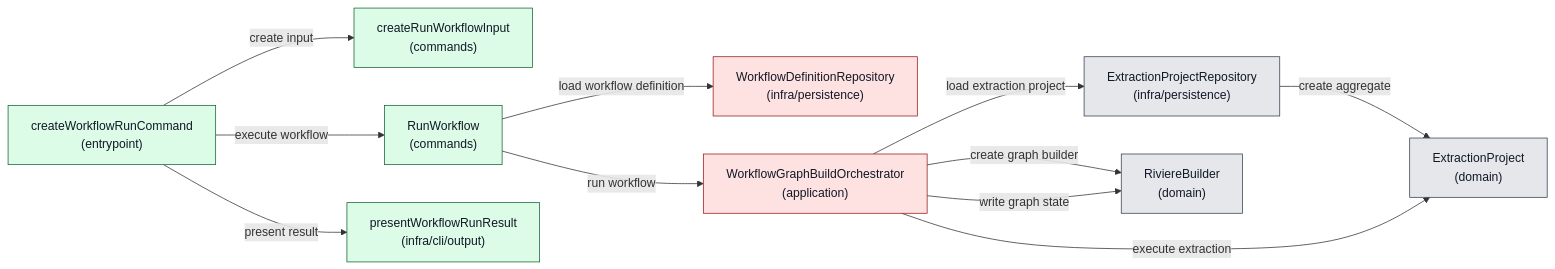
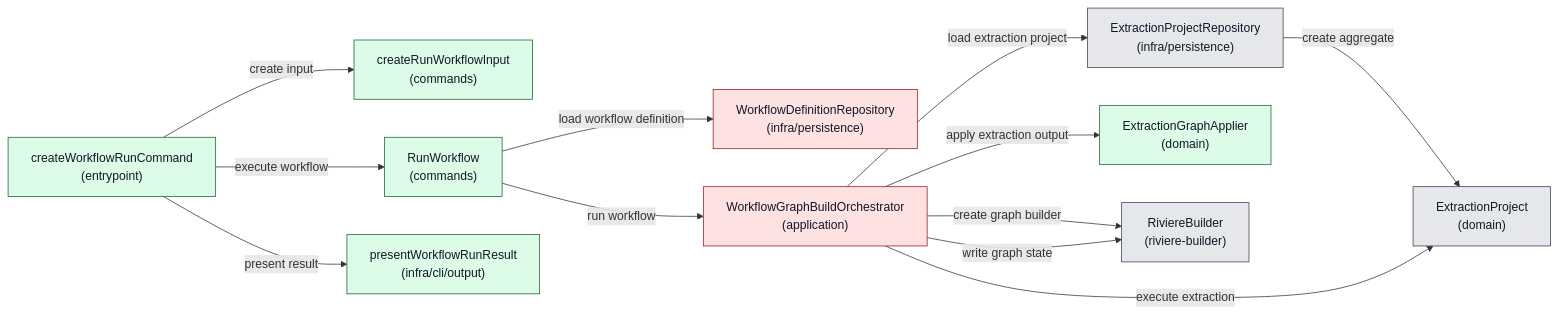
One commit to NTCoding/living-architecture changed the fifth of 5 diagrams in docs/project/PRD/riviere-extraction-workflows-v1/ARCH.md. Above: the diagram before and after it, drawn with Mermaid. The commit also changed other lines of this file, not shown here.

Commit message:
docs: model workflow extraction stages

````diff
--- a/docs/project/PRD/riviere-extraction-workflows-v1/ARCH.md
+++ b/docs/project/PRD/riviere-extraction-workflows-v1/ARCH.md
@@ -524,37 +756,40 @@
 ```mermaid
 flowchart LR
   entrypoint["createWorkflowRunCommand<br/>(entrypoint)"]
   inputFactory["createRunWorkflowInput<br/>(commands)"]
   useCase["RunWorkflow<br/>(commands)"]
   workflowRepository["WorkflowDefinitionRepository<br/>(infra/persistence)"]
   orchestrator["WorkflowGraphBuildOrchestrator<br/>(application)"]
   extractionRepository["ExtractionProjectRepository<br/>(infra/persistence)"]
   extractionProject["ExtractionProject<br/>(domain)"]
-  builder["RiviereBuilder<br/>(domain)"]
+  graphApplier["ExtractionGraphApplier<br/>(domain)"]
+  builder["RiviereBuilder<br/>(riviere-builder)"]
   formatter["presentWorkflowRunResult<br/>(infra/cli/output)"]
 
   entrypoint -->|create input| inputFactory
   entrypoint -->|execute workflow| useCase
   useCase -->|load workflow definition| workflowRepository
   useCase -->|run workflow| orchestrator
   orchestrator -->|load extraction project| extractionRepository
   extractionRepository -->|create aggregate| extractionProject
   orchestrator -->|execute extraction| extractionProject
   orchestrator -->|create graph builder| builder
+  orchestrator -->|apply extraction output| graphApplier
   orchestrator -->|write graph state| builder
   entrypoint -->|present result| formatter
 
   classDef statusExisting fill:#e5e7eb,stroke:#374151,color:#111827
   classDef statusChanged fill:#fef3c7,stroke:#92400e,color:#111827
   classDef statusNew fill:#dcfce7,stroke:#166534,color:#111827
   classDef statusOpen fill:#fee2e2,stroke:#991b1b,color:#111827
   class entrypoint statusNew
   class inputFactory statusNew
   class useCase statusNew
   class workflowRepository statusOpen
   class orchestrator statusOpen
   class extractionRepository statusExisting
   class extractionProject statusExisting
+  class graphApplier statusNew
   class builder statusExisting
   class formatter statusNew
 ```
````
